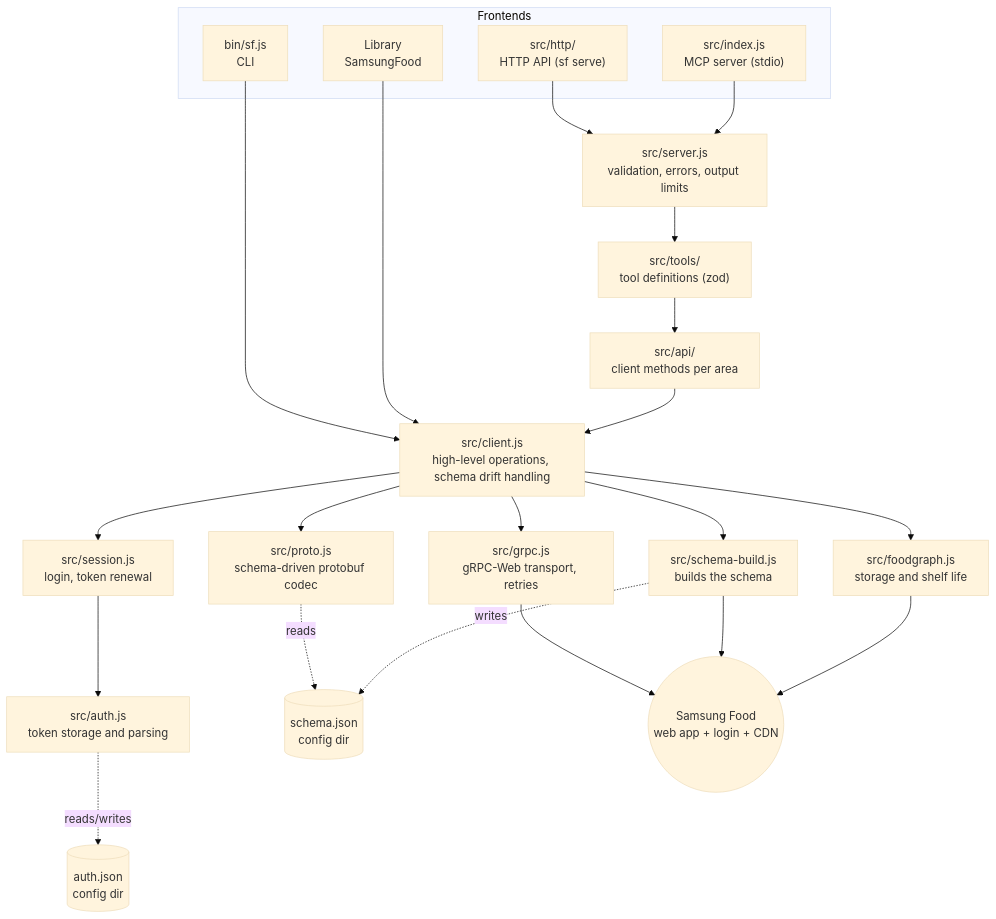
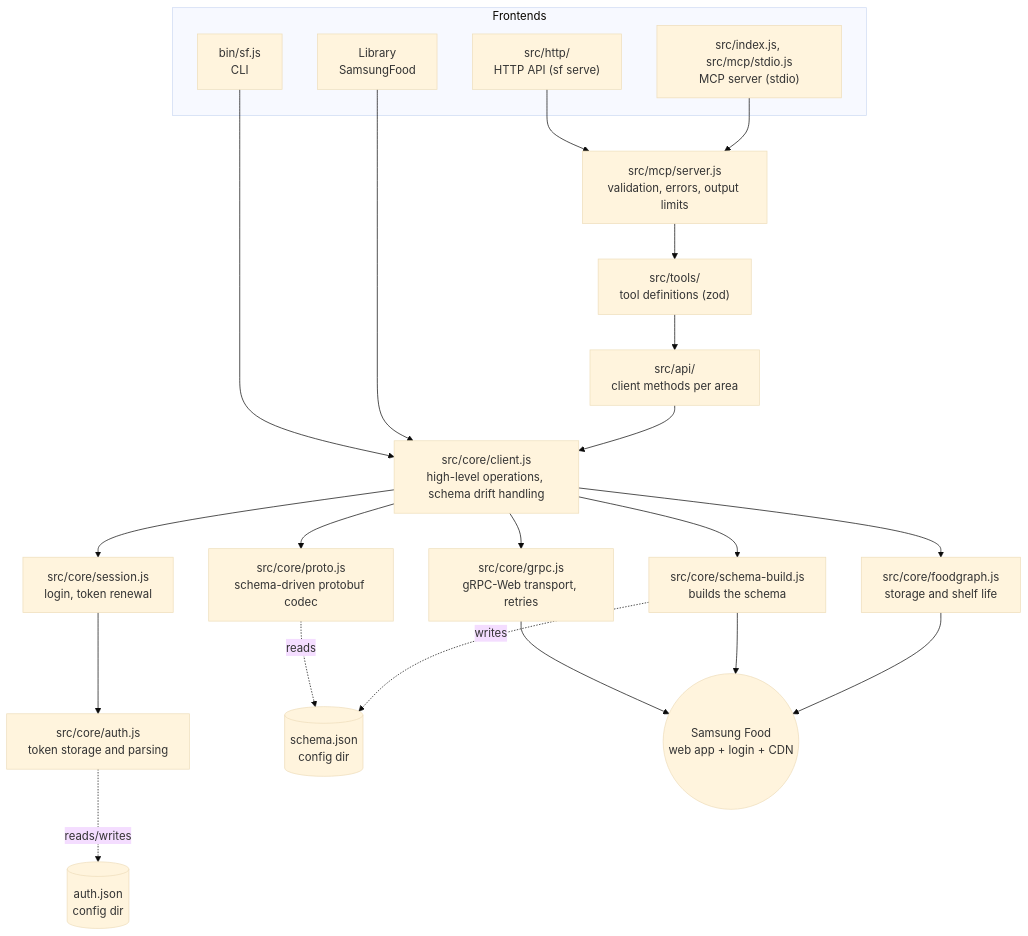
Before and after one commit to derdennis1012/unofficial-samsung-food-mcp: the diagram in docs/architecture.md, drawn with Mermaid (base theme). The commit also changed other lines of this file and 53 other files, not shown here.

Commit message:
Group core modules under src/core and MCP server under src/mcp

````diff
--- a/docs/architecture.md
+++ b/docs/architecture.md
@@ -9,31 +9,31 @@
 ```mermaid
 flowchart TD
     subgraph Frontends
       CLI["bin/sf.js<br/>CLI"]
-      MCP["src/index.js<br/>MCP server (stdio)"]
+      MCP["src/index.js, src/mcp/stdio.js<br/>MCP server (stdio)"]
       HTTP["src/http/<br/>HTTP API (sf serve)"]
       LIB["Library<br/>SamsungFood"]
     end
 
     HTTP --> SRV
-    MCP --> SRV["src/server.js<br/>validation, errors, output limits"]
+    MCP --> SRV["src/mcp/server.js<br/>validation, errors, output limits"]
     SRV --> TOOLS["src/tools/<br/>tool definitions (zod)"]
     TOOLS --> API["src/api/<br/>client methods per area"]
     CLI --> CLIENT
     LIB --> CLIENT
-    API --> CLIENT["src/client.js<br/>high-level operations, schema drift handling"]
+    API --> CLIENT["src/core/client.js<br/>high-level operations, schema drift handling"]
 
-    CLIENT --> CODEC["src/proto.js<br/>schema-driven protobuf codec"]
-    CLIENT --> GRPC["src/grpc.js<br/>gRPC-Web transport, retries"]
-    CLIENT --> SESSION["src/session.js<br/>login, token renewal"]
-    CLIENT --> FG["src/foodgraph.js<br/>storage and shelf life"]
-    SESSION --> AUTH["src/auth.js<br/>token storage and parsing"]
-    CLIENT --> BUILD["src/schema-build.js<br/>builds the schema"]
+    CLIENT --> CODEC["src/core/proto.js<br/>schema-driven protobuf codec"]
+    CLIENT --> GRPC["src/core/grpc.js<br/>gRPC-Web transport, retries"]
+    CLIENT --> SESSION["src/core/session.js<br/>login, token renewal"]
+    CLIENT --> FG["src/core/foodgraph.js<br/>storage and shelf life"]
+    SESSION --> AUTH["src/core/auth.js<br/>token storage and parsing"]
+    CLIENT --> BUILD["src/core/schema-build.js<br/>builds the schema"]
 
     CODEC -. reads .-> SCHEMA[("schema.json<br/>config dir")]
     BUILD -. writes .-> SCHEMA
     AUTH -. reads/writes .-> AUTHJ[("auth.json<br/>config dir")]
     GRPC --> NET(("Samsung Food<br/>web app + login + CDN"))
     BUILD --> NET
     FG --> NET
 ```
````
